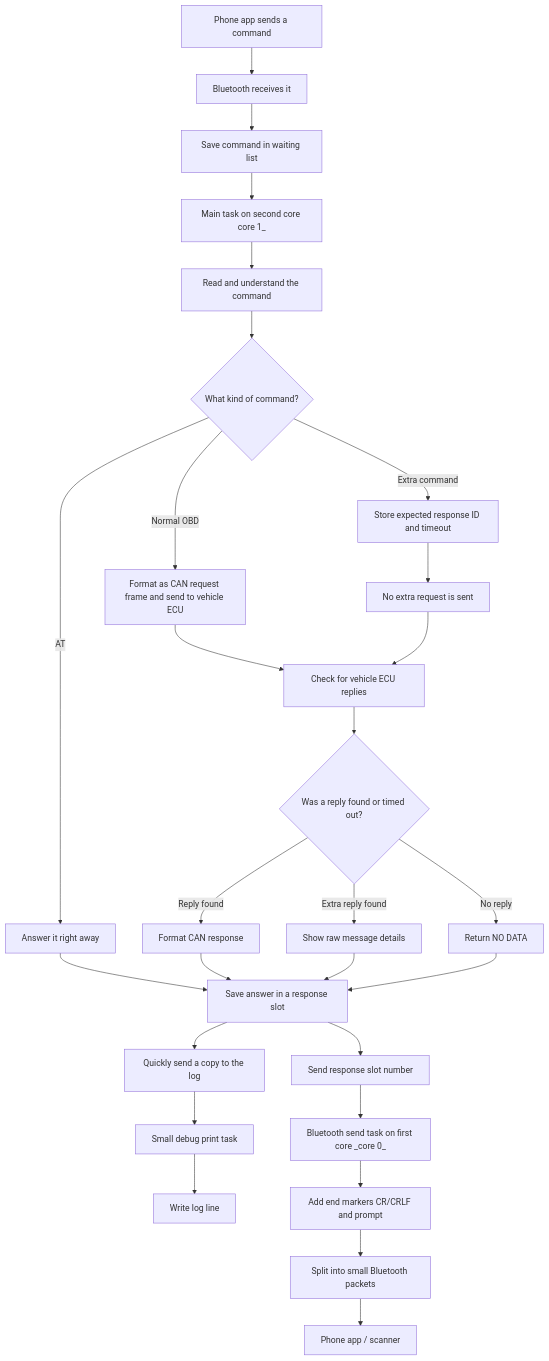
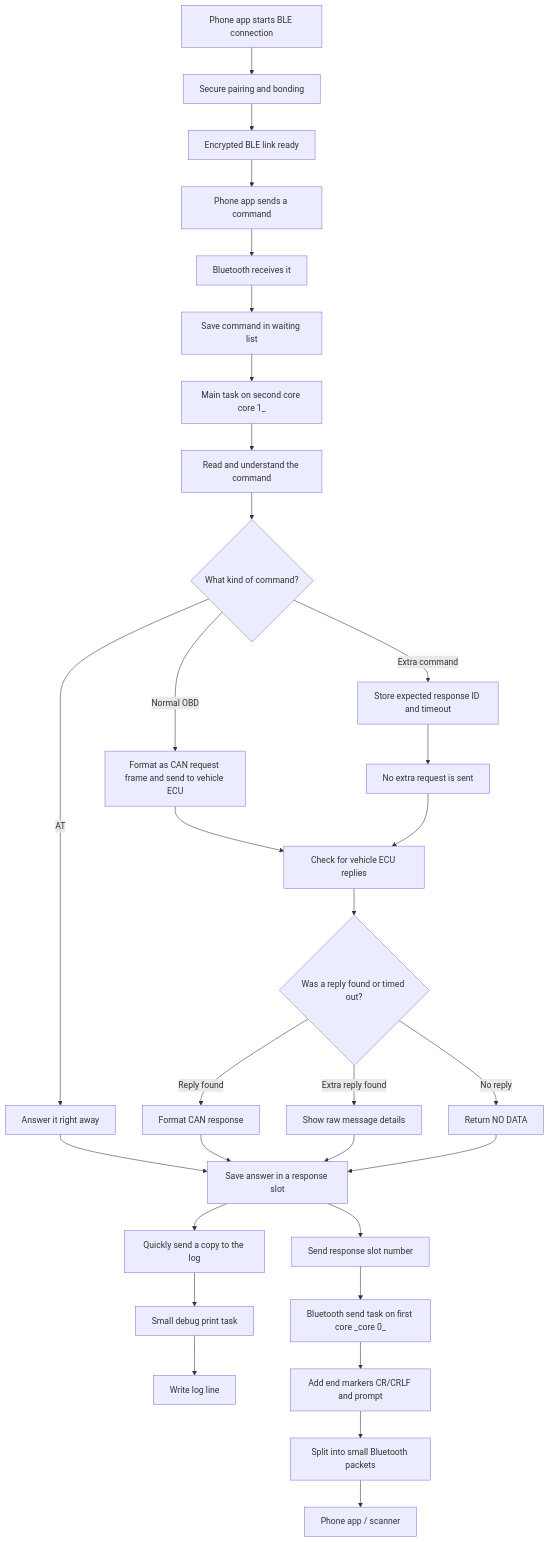
Before and after one commit to ASTI-ITS/ITS-test: the first of 7 diagrams in OBD_BLE_FreeRTOS_C/flowchart_simple.md, drawn with Mermaid. The commit also changed other lines of this file and 6 other files, not shown here.

````diff
--- a/OBD_BLE_FreeRTOS_C/flowchart_simple.md
+++ b/OBD_BLE_FreeRTOS_C/flowchart_simple.md
@@ -7,30 +7,33 @@
 ```mermaid
 graph TD
-    A[Phone app sends a command] --> B[Bluetooth receives it]
-    B --> C[Save command in waiting list]
-    C --> D[Main task on second core core 1_]
-    D --> E[Read and understand the command]
-    E --> F{What kind of command?}
-    F -- AT --> G[Answer it right away]
-    F -- Normal OBD --> H[Format as CAN request frame and send to vehicle ECU]
-    F -- Extra command --> I[Store expected response ID and timeout]
-    I --> J[No extra request is sent]
-    H --> K[Check for vehicle ECU replies]
-    J --> K
-    K --> L{Was a reply found or timed out?}
-    L -- Reply found --> M[Format CAN response]
-    L -- Extra reply found --> N[Show raw message details]
-    L -- No reply --> O[Return NO DATA]
-    G --> P[Save answer in a response slot]
-    M --> P
-    N --> P
-    O --> P
-    P --> Q[Quickly send a copy to the log]
-    Q --> R[Small debug print task]
-    R --> S[Write log line]
-    P --> T[Send response slot number]
-    T --> V[Bluetooth send task on first core _core 0_]
-    V --> W[Add end markers CR/CRLF and prompt]
-    W --> X[Split into small Bluetooth packets]
-    X --> U[Phone app / scanner]
+    A[Phone app starts BLE connection] --> B[Secure pairing and bonding]
+    B --> C[Encrypted BLE link ready]
+    C --> D[Phone app sends a command]
+    D --> E[Bluetooth receives it]
+    E --> F[Save command in waiting list]
+    F --> G[Main task on second core core 1_]
+    G --> H[Read and understand the command]
+    H --> I{What kind of command?}
+    I -- AT --> J[Answer it right away]
+    I -- Normal OBD --> K[Format as CAN request frame and send to vehicle ECU]
+    I -- Extra command --> L[Store expected response ID and timeout]
+    L --> M[No extra request is sent]
+    K --> N[Check for vehicle ECU replies]
+    M --> N
+    N --> O{Was a reply found or timed out?}
+    O -- Reply found --> P[Format CAN response]
+    O -- Extra reply found --> Q[Show raw message details]
+    O -- No reply --> R[Return NO DATA]
+    J --> S[Save answer in a response slot]
+    P --> S
+    Q --> S
+    R --> S
+    S --> T[Quickly send a copy to the log]
+    T --> U[Small debug print task]
+    U --> V[Write log line]
+    S --> W[Send response slot number]
+    W --> X[Bluetooth send task on first core _core 0_]
+    X --> Y[Add end markers CR/CRLF and prompt]
+    Y --> Z[Split into small Bluetooth packets]
+    Z --> AA[Phone app / scanner]
 ```
````
